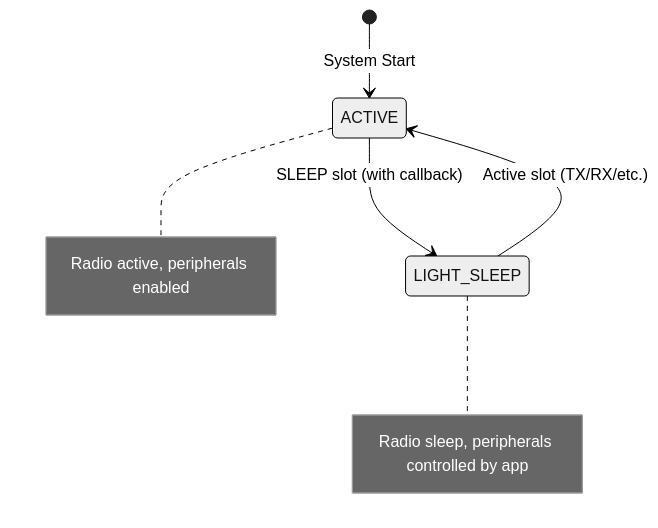
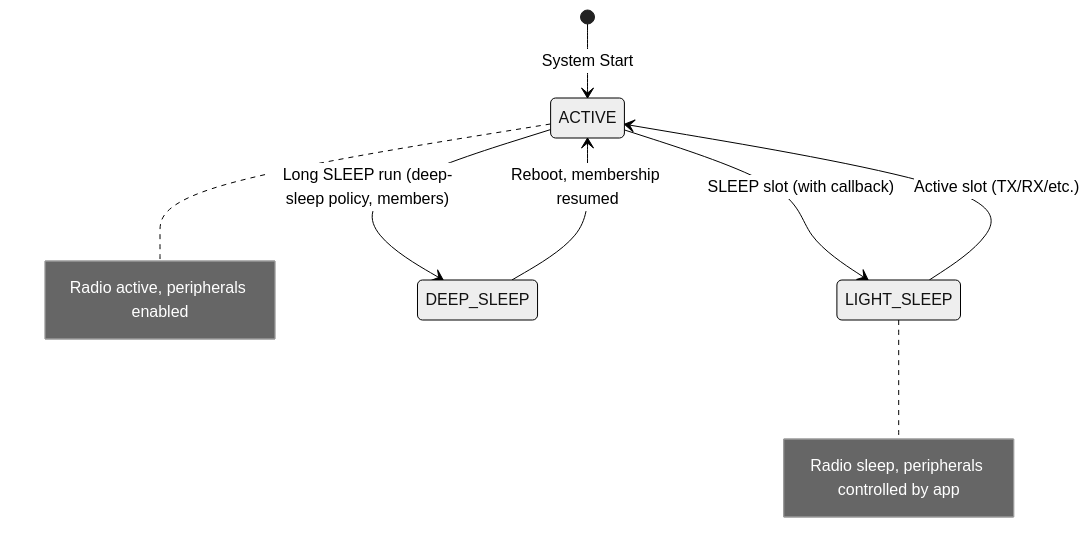
One commit to LoRaMesher/LoRaMesher changed diagram 15 of 18 in PROTOCOL_SPEC.md. Above: the diagram before and after it, drawn with Mermaid (neutral theme). The commit also changed other lines of this file and 4 other files, not shown here.

First line of the commit message:
docs(sleep): document member deep sleep and resume

````diff
--- a/PROTOCOL_SPEC.md
+++ b/PROTOCOL_SPEC.md
@@ -1979,9 +1979,11 @@
 ```mermaid
 stateDiagram-v2
     [*] --> ACTIVE: System Start
     ACTIVE --> LIGHT_SLEEP: SLEEP slot (with callback)
     LIGHT_SLEEP --> ACTIVE: Active slot (TX/RX/etc.)
+    ACTIVE --> DEEP_SLEEP: Long SLEEP run (deep-sleep policy, members)
+    DEEP_SLEEP --> ACTIVE: Reboot, membership resumed
 
     note right of ACTIVE: Radio active, peripherals enabled
     note right of LIGHT_SLEEP: Radio sleep, peripherals controlled by app
 ```
````
